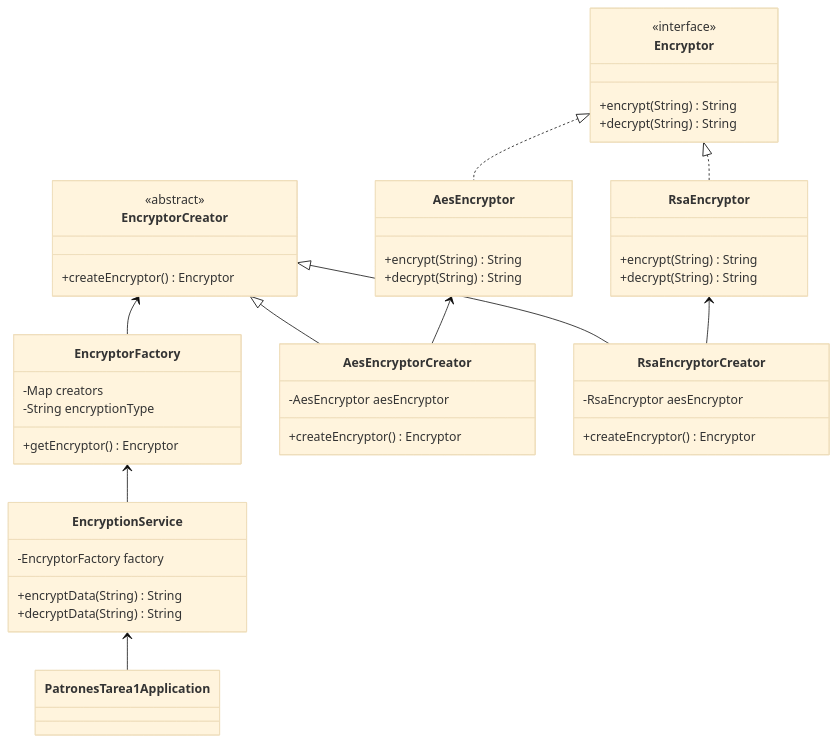
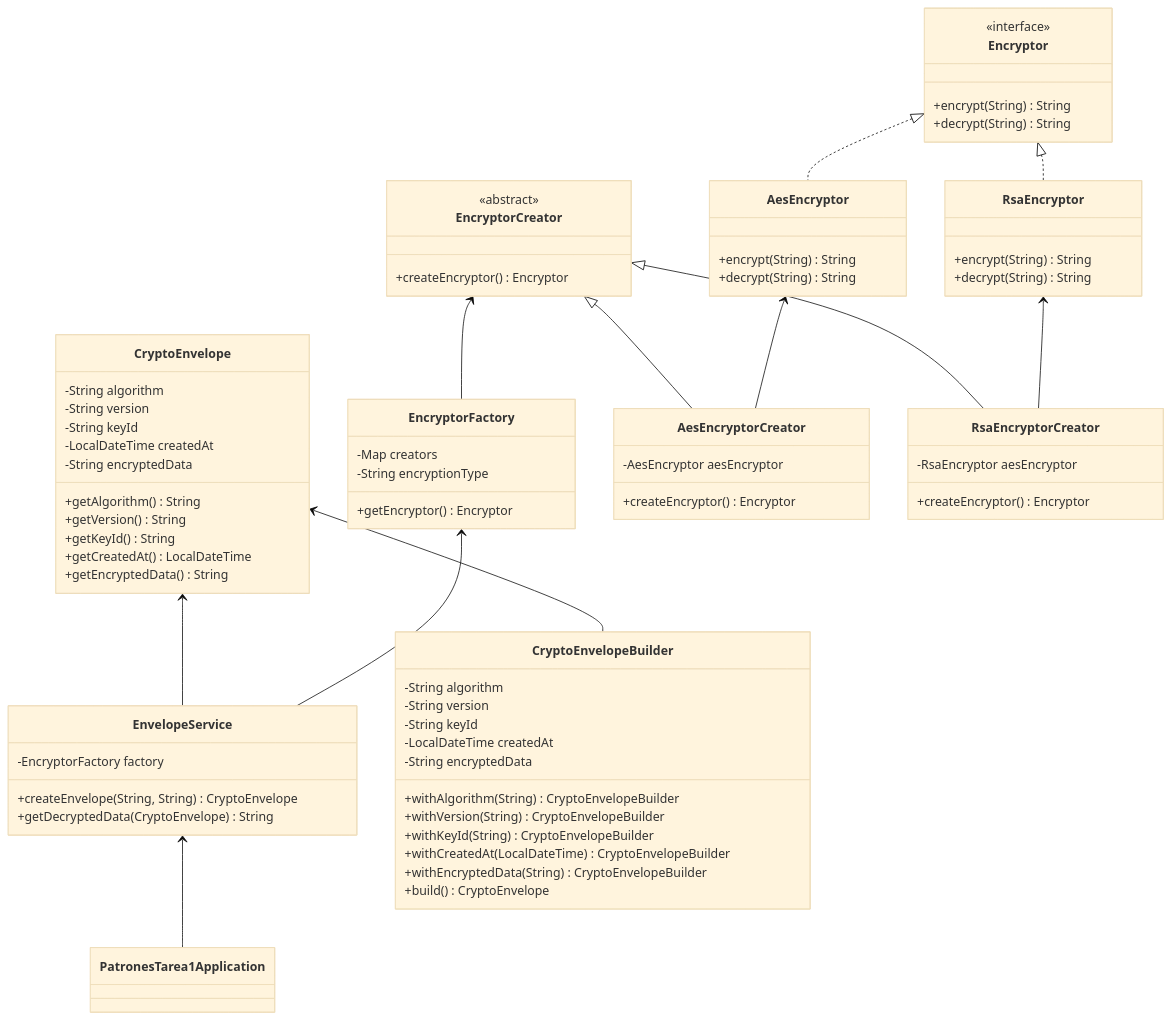
The diagram in README.md (felixbanguera/ITMEspecializacionIngDeSoftware), drawn with Mermaid (base theme) before and after one commit. The commit also changed other lines of this file and 8 other files, not shown here.

Commit message:
Aplicacion patron Builder. Actualización del Readme con UML

````diff
--- a/README.md
+++ b/README.md
@@ -44,48 +41,75 @@
 ```mermaid
 classDiagram
 
-EncryptionService  <--  PatronesTarea1Application
-class EncryptionService {
+EnvelopeService  <--  PatronesTarea1Application
+class EnvelopeService {
 	-EncryptorFactory  factory
-	+encryptData(String) String
-	+decryptData(String) String
+	+createEnvelope(String, String) CryptoEnvelope
+	+getDecryptedData(CryptoEnvelope) String
 }
-EncryptorFactory  <--  EncryptionService
+CryptoEnvelope  <--  EnvelopeService
+class CryptoEnvelope {
+	-String algorithm
+	-String version
+	-String keyId
+	-LocalDateTime createdAt
+	-String encryptedData
+	+getAlgorithm() String
+	+getVersion() String
+	+getKeyId() String
+	+getCreatedAt() LocalDateTime
+	+getEncryptedData() String
+}
+CryptoEnvelope <-- CryptoEnvelopeBuilder
+class CryptoEnvelopeBuilder {
+	-String algorithm
+	-String version
+	-String keyId
+	-LocalDateTime createdAt
+	-String encryptedData
+	+withAlgorithm(String) CryptoEnvelopeBuilder
+	+withVersion(String) CryptoEnvelopeBuilder
+	+withKeyId(String) CryptoEnvelopeBuilder
+	+withCreatedAt(LocalDateTime) CryptoEnvelopeBuilder
+	+withEncryptedData(String) CryptoEnvelopeBuilder
+	+build() CryptoEnvelope
+}
+EncryptorFactory  <--  EnvelopeService
 class EncryptorFactory {
 	-Map<String, EncryptorCreator> creators
 	-String  encryptionType
 	+getEncryptor() Encryptor
 }
 EncryptorCreator  <--  EncryptorFactory
 class EncryptorCreator {
 	<<abstract>>
 	+createEncryptor() Encryptor
 }
 Encryptor <|..  AesEncryptor
 Encryptor <|..  RsaEncryptor
 class Encryptor {
 	<<interface>>
 	+encrypt(String) String
 	+decrypt(String) String
 }
 EncryptorCreator <|--  AesEncryptorCreator
 class AesEncryptorCreator {
 	-AesEncryptor  aesEncryptor
 	+createEncryptor() Encryptor
 }
 AesEncryptor <--  AesEncryptorCreator
 class AesEncryptor {
 	+encrypt(String) String
 	+decrypt(String) String
 }
 EncryptorCreator <|--  RsaEncryptorCreator
 class RsaEncryptorCreator {
 	-RsaEncryptor  aesEncryptor
 	+createEncryptor() Encryptor
 }
 RsaEncryptor <--  RsaEncryptorCreator
 class RsaEncryptor {
 	+encrypt(String) String
 	+decrypt(String) String
 }
 ```
````
